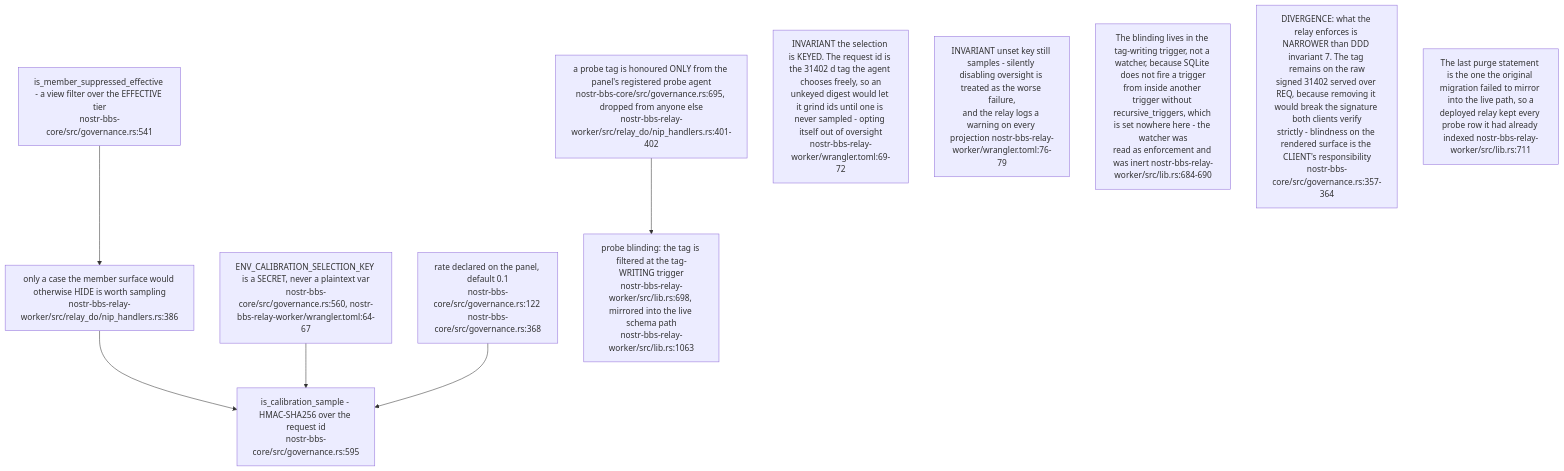
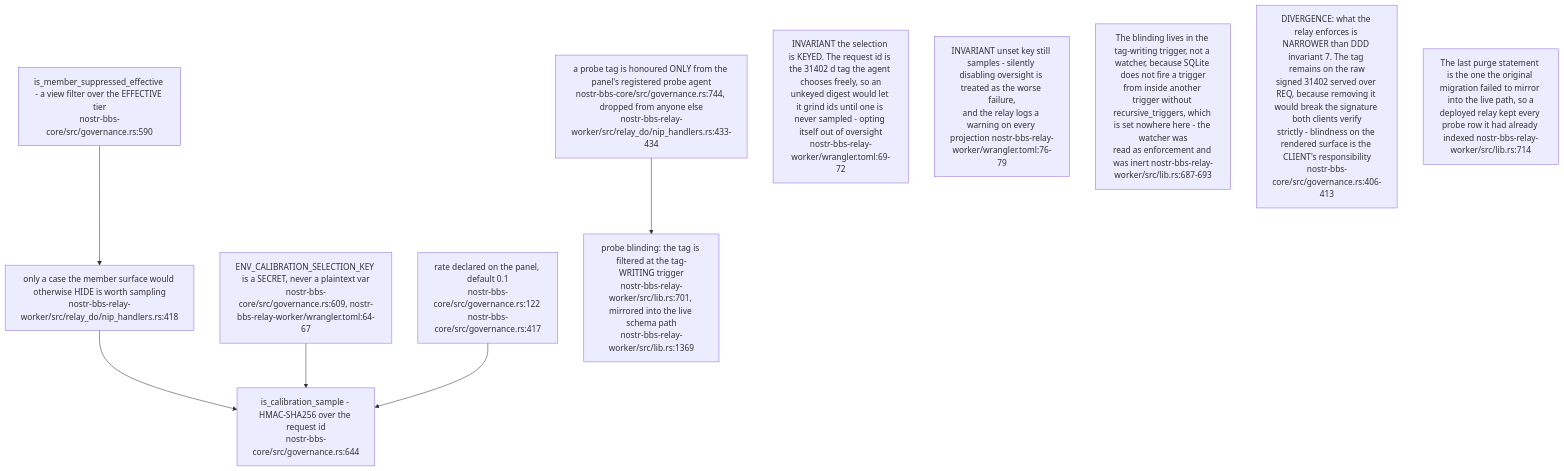
Before and after one commit to DreamLab-AI/VisionFlow: diagram 12 of 18 in docs/diagrams/nostr-rust-forum/06-agent-control-surface-31400-31405.md, drawn with Mermaid. The commit also changed other lines of this file, not shown here.

First line of the commit message:
docs(diagrams): NF-06 re-verified at nostr-rust-forum af4f0d5

````diff
--- a/docs/diagrams/nostr-rust-forum/06-agent-control-surface-31400-31405.md
+++ b/docs/diagrams/nostr-rust-forum/06-agent-control-surface-31400-31405.md
@@ -358,21 +358,21 @@
 ```mermaid
 flowchart TB
-    SUP["is_member_suppressed_effective - a view filter over the EFFECTIVE tier<br/>nostr-bbs-core/src/governance.rs:541"]
-    ONLY["only a case the member surface would otherwise HIDE is worth sampling<br/>nostr-bbs-relay-worker/src/relay_do/nip_handlers.rs:386"]
-    CAL["is_calibration_sample - HMAC-SHA256 over the request id<br/>nostr-bbs-core/src/governance.rs:595"]
-    KEY["ENV_CALIBRATION_SELECTION_KEY is a SECRET, never a plaintext var<br/>nostr-bbs-core/src/governance.rs:560, nostr-bbs-relay-worker/wrangler.toml:64-67"]
-    RATE["rate declared on the panel, default 0.1<br/>nostr-bbs-core/src/governance.rs:122 nostr-bbs-core/src/governance.rs:368"]
-    PROBE["a probe tag is honoured ONLY from the panel's registered probe agent<br/>nostr-bbs-core/src/governance.rs:695, dropped from anyone else<br/>nostr-bbs-relay-worker/src/relay_do/nip_handlers.rs:401-402"]
-    BLIND["probe blinding: the tag is filtered at the tag-WRITING trigger<br/>nostr-bbs-relay-worker/src/lib.rs:698, mirrored into the live schema path<br/>nostr-bbs-relay-worker/src/lib.rs:1063"]
+    SUP["is_member_suppressed_effective - a view filter over the EFFECTIVE tier<br/>nostr-bbs-core/src/governance.rs:590"]
+    ONLY["only a case the member surface would otherwise HIDE is worth sampling<br/>nostr-bbs-relay-worker/src/relay_do/nip_handlers.rs:418"]
+    CAL["is_calibration_sample - HMAC-SHA256 over the request id<br/>nostr-bbs-core/src/governance.rs:644"]
+    KEY["ENV_CALIBRATION_SELECTION_KEY is a SECRET, never a plaintext var<br/>nostr-bbs-core/src/governance.rs:609, nostr-bbs-relay-worker/wrangler.toml:64-67"]
+    RATE["rate declared on the panel, default 0.1<br/>nostr-bbs-core/src/governance.rs:122 nostr-bbs-core/src/governance.rs:417"]
+    PROBE["a probe tag is honoured ONLY from the panel's registered probe agent<br/>nostr-bbs-core/src/governance.rs:744, dropped from anyone else<br/>nostr-bbs-relay-worker/src/relay_do/nip_handlers.rs:433-434"]
+    BLIND["probe blinding: the tag is filtered at the tag-WRITING trigger<br/>nostr-bbs-relay-worker/src/lib.rs:701, mirrored into the live schema path<br/>nostr-bbs-relay-worker/src/lib.rs:1369"]
 
     SUP --> ONLY --> CAL
     KEY --> CAL
     RATE --> CAL
     PROBE --> BLIND
 
     N1["INVARIANT the selection is KEYED. The request id is the 31402 d tag the agent chooses freely, so an<br/>unkeyed digest would let it grind ids until one is never sampled - opting itself out of oversight<br/>nostr-bbs-relay-worker/wrangler.toml:69-72"]
     N2["INVARIANT unset key still samples - silently disabling oversight is treated as the worse failure,<br/>and the relay logs a warning on every projection nostr-bbs-relay-worker/wrangler.toml:76-79"]
-    N3["The blinding lives in the tag-writing trigger, not a watcher, because SQLite does not fire a trigger<br/>from inside another trigger without recursive_triggers, which is set nowhere here - the watcher was<br/>read as enforcement and was inert nostr-bbs-relay-worker/src/lib.rs:684-690"]
-    N4["DIVERGENCE: what the relay enforces is NARROWER than DDD invariant 7. The tag remains on the raw<br/>signed 31402 served over REQ, because removing it would break the signature both clients verify<br/>strictly - blindness on the rendered surface is the CLIENT's responsibility<br/>nostr-bbs-core/src/governance.rs:357-364"]
-    N5["The last purge statement is the one the original migration failed to mirror into the live path, so a<br/>deployed relay kept every probe row it had already indexed nostr-bbs-relay-worker/src/lib.rs:711"]
+    N3["The blinding lives in the tag-writing trigger, not a watcher, because SQLite does not fire a trigger<br/>from inside another trigger without recursive_triggers, which is set nowhere here - the watcher was<br/>read as enforcement and was inert nostr-bbs-relay-worker/src/lib.rs:687-693"]
+    N4["DIVERGENCE: what the relay enforces is NARROWER than DDD invariant 7. The tag remains on the raw<br/>signed 31402 served over REQ, because removing it would break the signature both clients verify<br/>strictly - blindness on the rendered surface is the CLIENT's responsibility<br/>nostr-bbs-core/src/governance.rs:406-413"]
+    N5["The last purge statement is the one the original migration failed to mirror into the live path, so a<br/>deployed relay kept every probe row it had already indexed nostr-bbs-relay-worker/src/lib.rs:714"]
 ```
````
